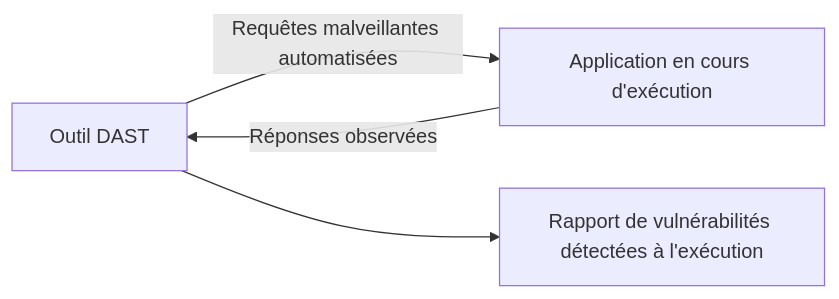
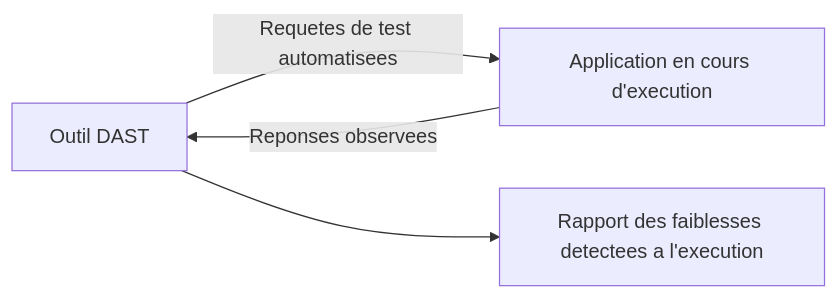
Before and after one commit to AureDulvresse/nyx: the diagram in content/courses/securite-applications-api/07-tests-securite-automatises-sast-dast-sca.md, drawn with Mermaid. The commit also changed other lines of this file and 167 other files, not shown here.

````diff
--- a/content/courses/securite-applications-api/07-tests-securite-automatises-sast-dast-sca.md
+++ b/content/courses/securite-applications-api/07-tests-securite-automatises-sast-dast-sca.md
@@ -40,6 +55,6 @@
 ```mermaid
-graph LR
-    A[Outil DAST] -->|Requêtes malveillantes automatisées| B[Application en cours d'exécution]
-    B -->|Réponses observées| A
-    A --> C[Rapport de vulnérabilités détectées à l'exécution]
+flowchart LR
+    A["Outil DAST"] -->|"Requetes de test automatisees"| B["Application en cours d'execution"]
+    B -->|"Reponses observees"| A
+    A --> C["Rapport des faiblesses detectees a l'execution"]
 ```
````
